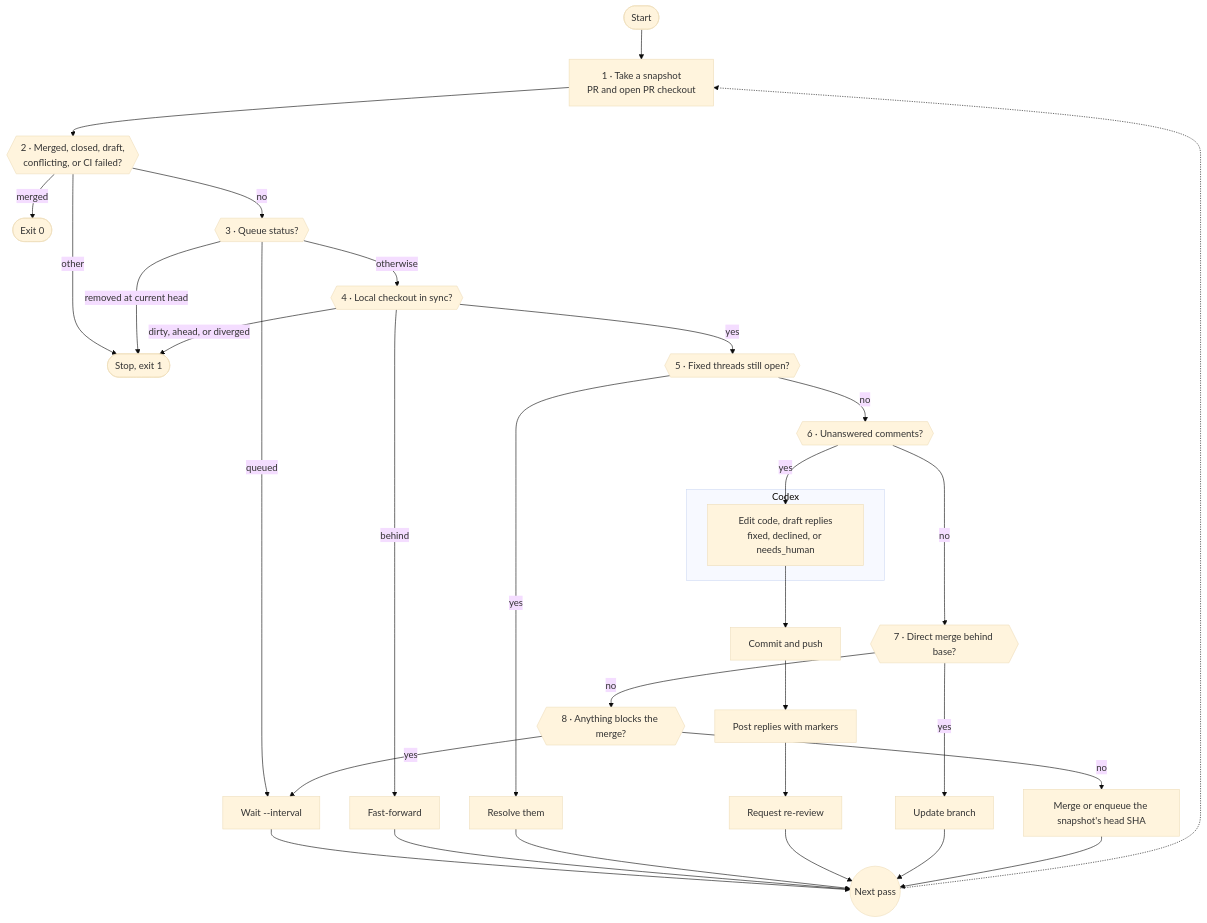
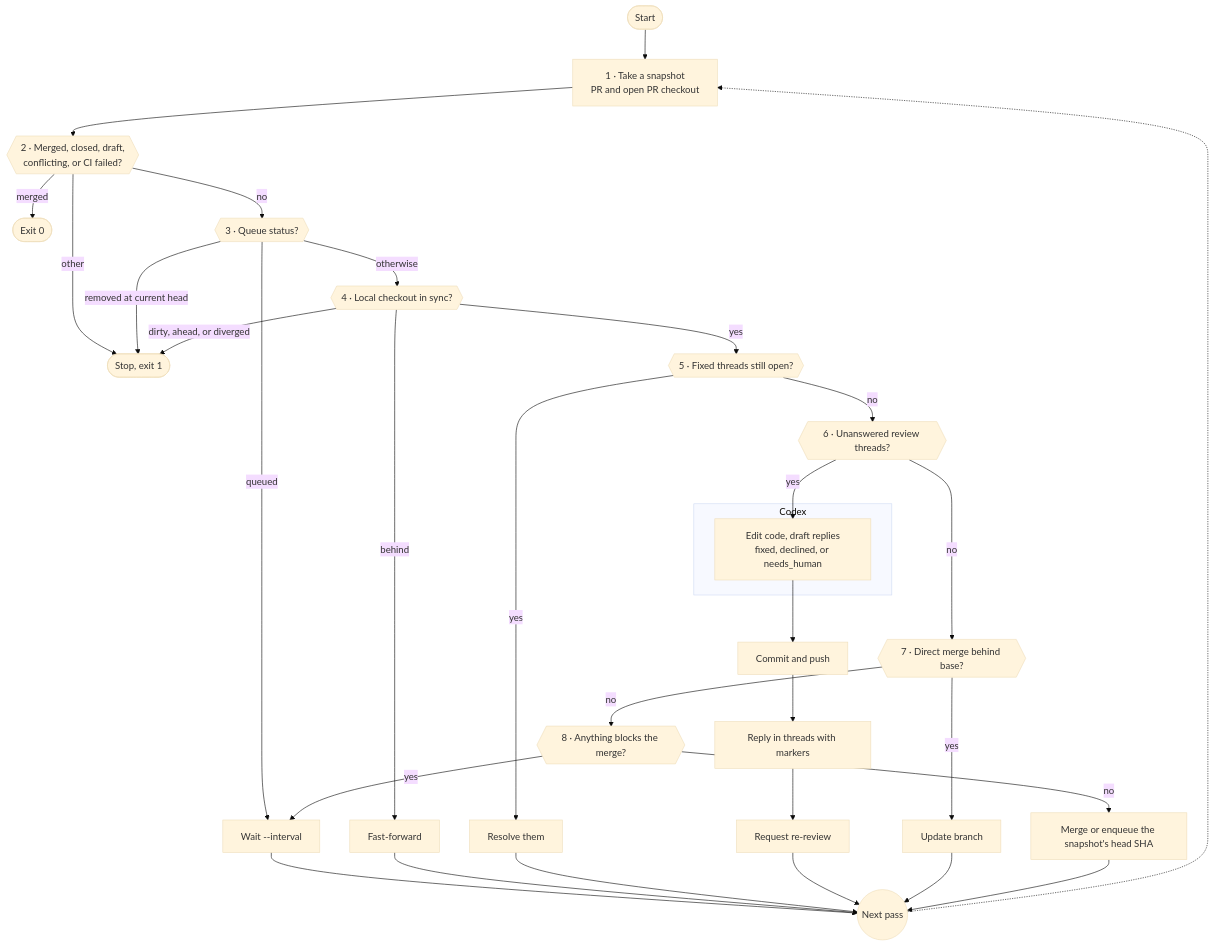
One commit to vikrrantshah/baby-sitter changed the diagram in README.md. Above: the diagram before and after it, drawn with Mermaid (base theme). The commit also changed other lines of this file and 7 other files, not shown here.

First line of the commit message:
feat(baby-sitter): handle only review threads (#5)

````diff
--- a/README.md
+++ b/README.md
@@ -47,27 +47,27 @@
 ```mermaid
 flowchart TD
   START([Start]) --> SNAP["1 · Take a snapshot<br/>PR and open PR checkout"]
   SNAP --> T{{"2 · Merged, closed, draft,<br/>conflicting, or CI failed?"}}
   T -- merged --> DONE([Exit 0])
   T -- other --> STOP([Stop, exit 1])
   T -- no --> Q{{"3 · Queue status?"}}
   Q -- queued --> WAIT["Wait --interval"] --> NEXT
   Q -- "removed at current head" --> STOP
   Q -- otherwise --> L{{"4 · Local checkout in sync?"}}
   L -- behind --> FF["Fast-forward"] --> NEXT
   L -- "dirty, ahead, or diverged" --> STOP
   L -- yes --> RF{{"5 · Fixed threads still open?"}}
   RF -- yes --> RES["Resolve them"] --> NEXT
-  RF -- no --> UH{{"6 · Unanswered comments?"}}
+  RF -- no --> UH{{"6 · Unanswered review threads?"}}
   UH -- yes --> HC
   subgraph CODEX ["Codex"]
     HC["Edit code, draft replies<br/>fixed, declined, or needs_human"]
   end
-  HC --> PUSH["Commit and push"] --> REPLY["Post replies with markers"] --> RR["Request re-review"] --> NEXT
+  HC --> PUSH["Commit and push"] --> REPLY["Reply in threads with markers"] --> RR["Request re-review"] --> NEXT
   UH -- no --> BE{{"7 · Direct merge behind base?"}}
   BE -- yes --> UP["Update branch"] --> NEXT
   BE -- no --> G{{"8 · Anything blocks the merge?"}}
   G -- yes --> WAIT
   G -- no --> MERGE["Merge or enqueue the snapshot's head SHA"] --> NEXT
   NEXT(("Next pass")) -.-> SNAP
 ```
````
